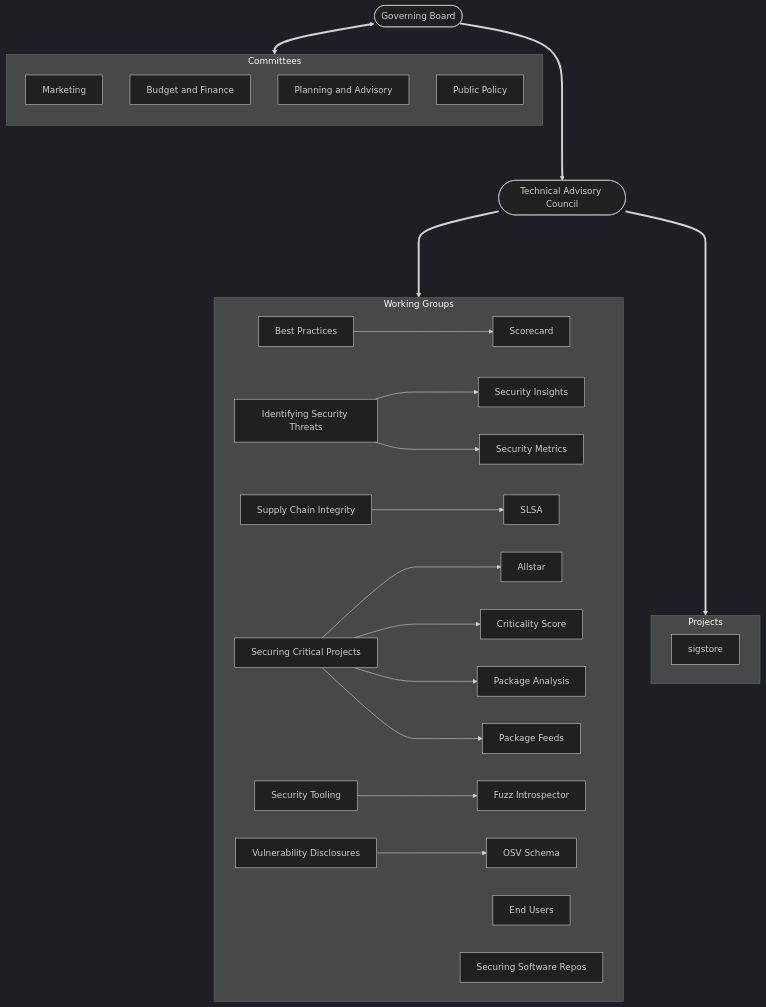
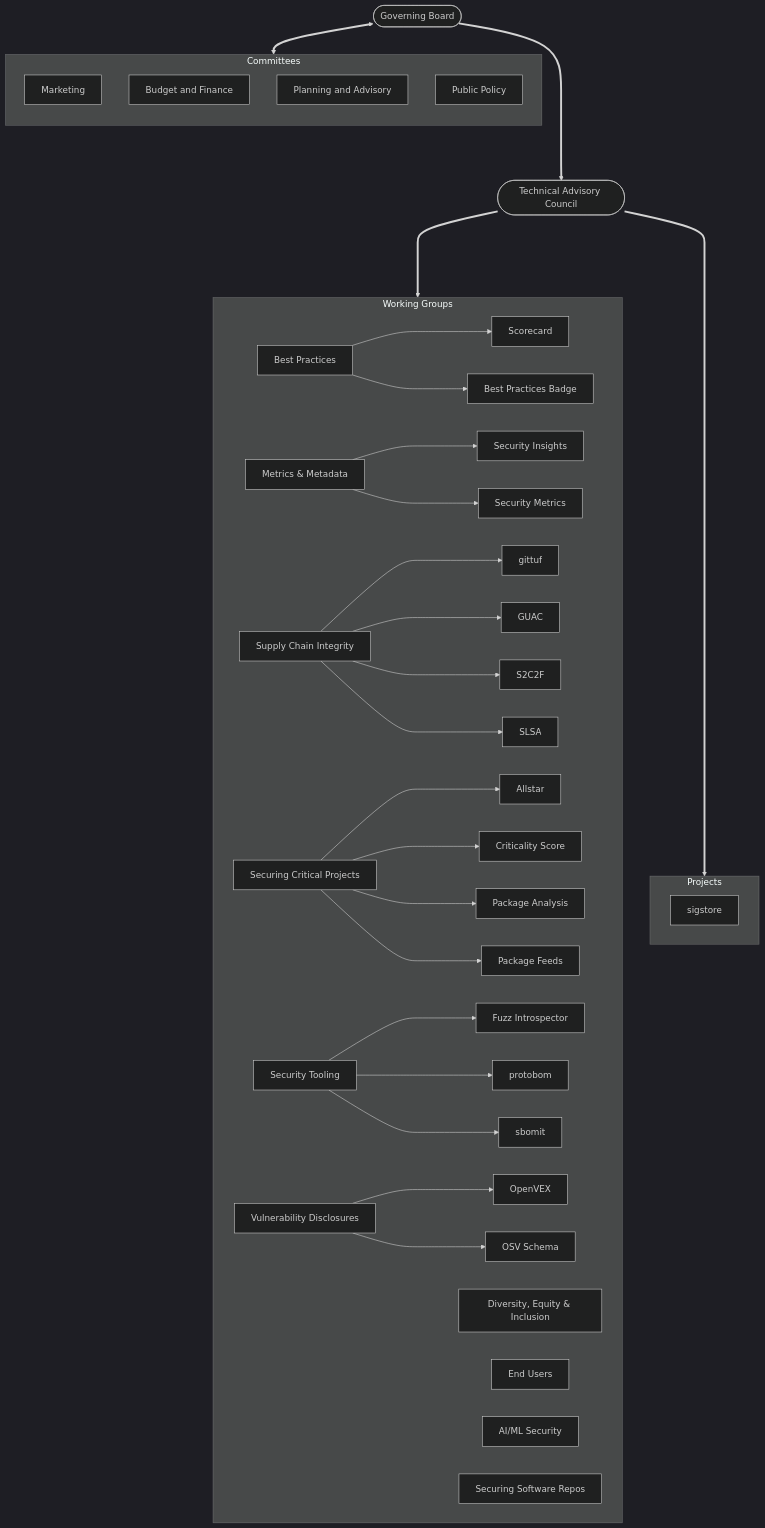
One commit to ossf/tac changed the diagram in organizational-structure-overview.md. Above: the diagram before and after it, drawn with Mermaid (dark theme).

Commit message:
Update organizational structure doc

````diff
--- a/organizational-structure-overview.md
+++ b/organizational-structure-overview.md
@@ -51,42 +51,51 @@
 ```mermaid
 flowchart TB
     A([Governing Board])
 
     subgraph subC[Committees]
         direction TB
         Market[Marketing]
         Budget[Budget and Finance]
         Plan[Planning and Advisory]
         Policy[Public Policy]
     end
     A <==> subC
     A ====> B([Technical Advisory Council])
 
     subgraph subWG[Working Groups]
         BP[Best Practices]
+        DEI[Diversity, Equity & Inclusion]
         EU[End Users]
-        IST[Identifying Security Threats]
+        ML[AI/ML Security] 
+        MM[Metrics & Metadata]
         REP[Securing Software Repos]
         SCI[Supply Chain Integrity]
         SCP[Securing Critical Projects]
         ST[Security Tooling]
         VD[Vulnerability Disclosures]
 
         BP ---> Scorecard[Scorecard]
-        IST ---> SecurityInsights[Security Insights]
-        IST ---> SecurityMetrics[Security Metrics]
+        BP ---> BestPracticesBadge[Best Practices Badge]
+        MM ---> SecurityInsights[Security Insights]
+        MM ---> SecurityMetrics[Security Metrics]
+        SCI ---> Gittuf[gittuf]
+        SCI ---> GUAC[GUAC]
+        SCI ---> S2C2F[S2C2F]
         SCI ---> SLSA[SLSA]
         SCP ---> Allstar[Allstar]
         SCP ---> CriticalityScore[Criticality Score]
         SCP ---> PackageAnalysis[Package Analysis]
         SCP ---> PackageFeeds[Package Feeds]
         ST ---> FuzzIntrospector[Fuzz Introspector]
+        ST ---> Protobom[protobom]
+        ST ---> Sbomit[sbomit]
+        VD ---> OpenVEX[OpenVEX]
         VD ---> OSV[OSV Schema]
     end
     B ====> subWG
 
     subgraph projects[Projects]
        SS[sigstore]
     end
     B ====> projects
 ```
````
